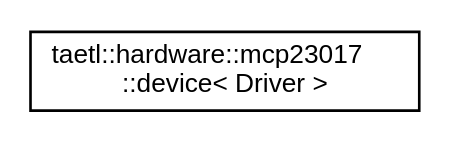
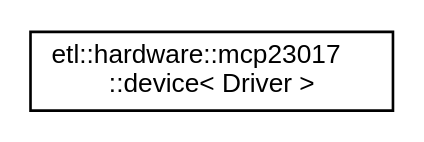
One commit to tobanteAudio/taetl changed the diagram in inherit_graph_20.dot. Above: the diagram before and after it, drawn with Graphviz. The commit also changed 915 other files, not shown here.

```diff
--- a/inherit_graph_20.dot
+++ b/inherit_graph_20.dot
@@ -1,7 +1,7 @@
 digraph "Graphical Class Hierarchy"
 {
   edge [fontname="Helvetica",fontsize="10",labelfontname="Helvetica",labelfontsize="10"];
   node [fontname="Helvetica",fontsize="10",shape=record];
   rankdir="LR";
-  Node0 [label="taetl::hardware::mcp23017\l::device\< Driver \>",height=0.2,width=0.4,color="black", fillcolor="white", style="filled",URL="$classtaetl_1_1hardware_1_1mcp23017_1_1device.html"];
+  Node0 [label="etl::hardware::mcp23017\l::device\< Driver \>",height=0.2,width=0.4,color="black", fillcolor="white", style="filled",URL="$classetl_1_1hardware_1_1mcp23017_1_1device.html"];
 }
```
